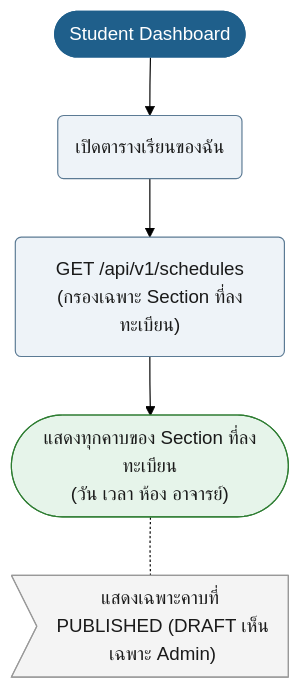
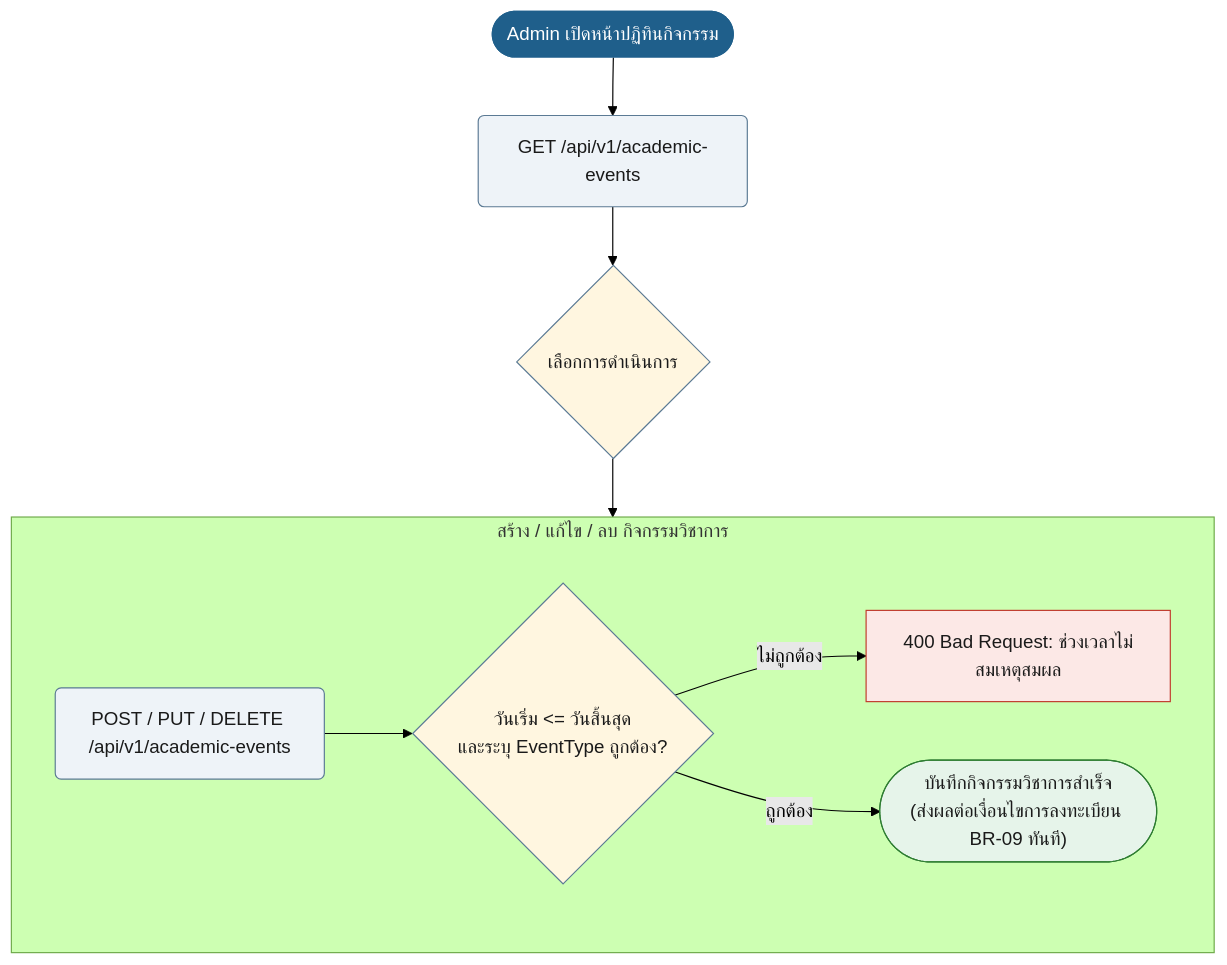
Before and after one commit to synthesixer/AcadOS: diagram 12 of 19 in doc/diagram/Userflow_diagram.md, drawn with Mermaid (forest theme). The commit also changed other lines of this file and 8 other files, not shown here.

````diff
--- a/doc/diagram/Userflow_diagram.md
+++ b/doc/diagram/Userflow_diagram.md
@@ -411,18 +486,24 @@
 ```mermaid
 flowchart TD
-    n1(["Student Dashboard"]):::start
-    n2("เปิดตารางเรียนของฉัน"):::act
-    n3("GET /api/v1/schedules<br/>(กรองเฉพาะ Section ที่ลงทะเบียน)"):::act
-    n4(["แสดงทุกคาบของ Section ที่ลงทะเบียน<br/>(วัน เวลา ห้อง อาจารย์)"]):::ok
+    n1(["Admin เปิดหน้าปฏิทินกิจกรรม"]):::start
+    n2("GET /api/v1/academic-events"):::act
     n1 --> n2
-    n2 --> n3
-    n3 --> n4
-    n5>"แสดงเฉพาะคาบที่ PUBLISHED (DRAFT เห็นเฉพาะ Admin)"]:::note
-    n4 -.- n5
+    act_choice{"เลือกการดำเนินการ"}:::dec
+    n2 --> act_choice
+
+    subgraph Event_CRUD ["สร้าง / แก้ไข / ลบ กิจกรรมวิชาการ"]
+        e_post("POST / PUT / DELETE /api/v1/academic-events"):::act
+        e_val{"วันเริ่ม <= วันสิ้นสุด<br/>และระบุ EventType ถูกต้อง?"}:::dec
+        e_post --> e_val
+        e_val -->|ไม่ถูกต้อง| e_err["400 Bad Request: ช่วงเวลาไม่สมเหตุสมผล"]:::bad
+        e_val -->|ถูกต้อง| e_ok(["บันทึกกิจกรรมวิชาการสำเร็จ<br/>(ส่งผลต่อเงื่อนไขการลงทะเบียน BR-09 ทันที)"]):::ok
+    end
+
+    act_choice --> Event_CRUD
+
     classDef start fill:#1F5F8B,stroke:#1F5F8B,color:#fff
     classDef act fill:#EEF3F8,stroke:#5B7A94,color:#1a1a1a
     classDef dec fill:#FFF6E0,stroke:#5B7A94,color:#1a1a1a
     classDef bad fill:#FCE8E6,stroke:#C0392B,color:#1a1a1a
     classDef ok fill:#E6F4EA,stroke:#2E7D32,color:#1a1a1a
-    classDef note fill:#F4F4F4,stroke:#999,color:#1a1a1a
 ```
````
